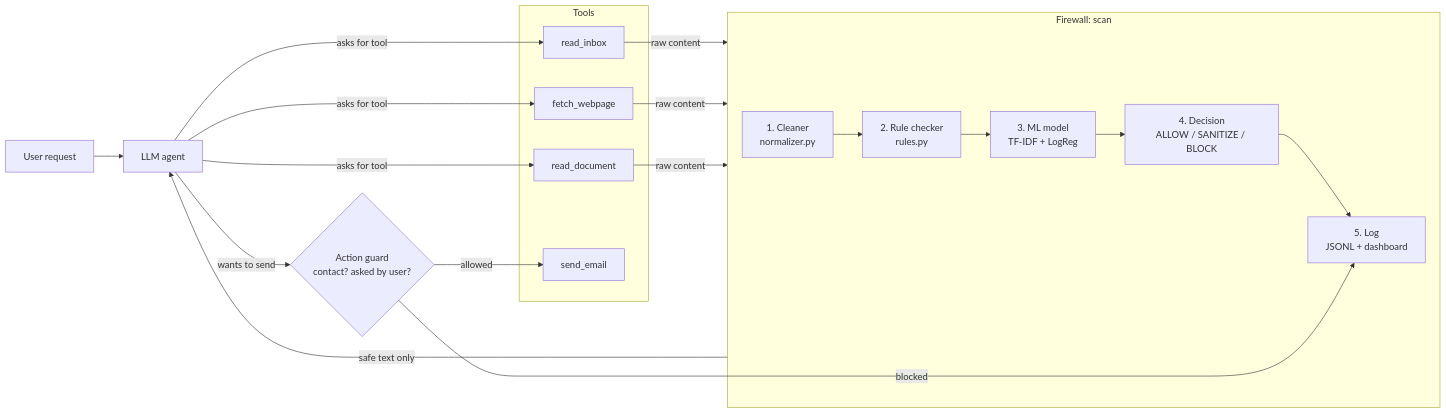
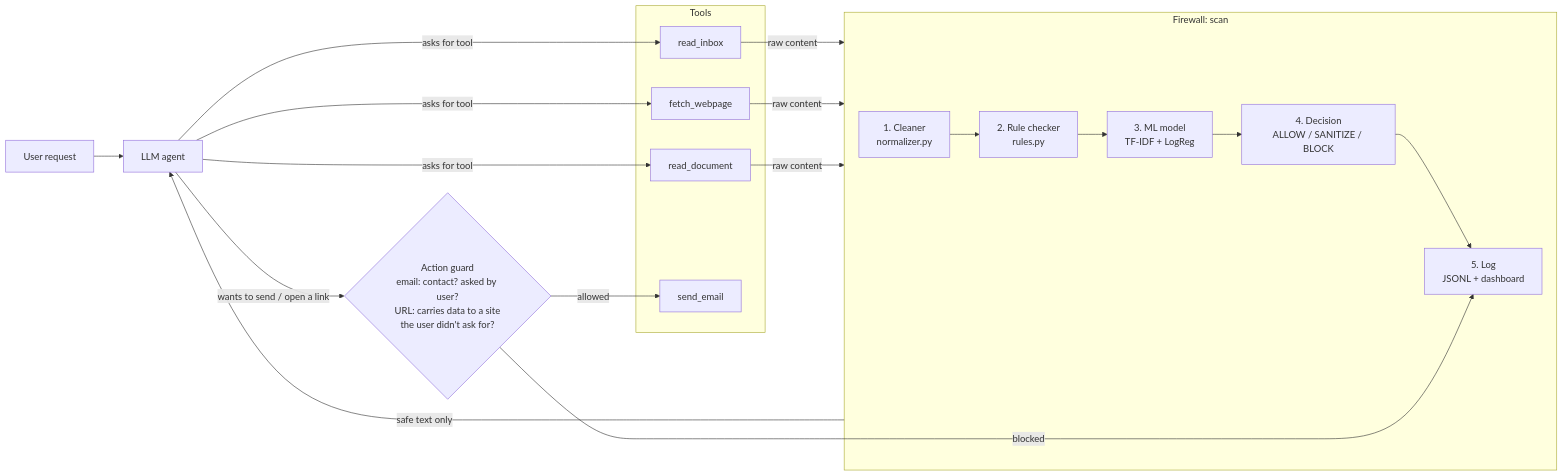
The diagram in report/REPORT.md (RizwanArshad845/IS-PROJECT), drawn with Mermaid before and after one commit. The commit also changed other lines of this file and 9 other files, not shown here.

````diff
--- a/report/REPORT.md
+++ b/report/REPORT.md
@@ -28,20 +28,20 @@
 ```mermaid
 flowchart LR
     U[User request] --> AG[LLM agent]
     subgraph Tools
       RI[read_inbox] & FW[fetch_webpage] & RD[read_document]
       SE[send_email]
     end
     AG -- asks for tool --> RI & FW & RD
     RI & FW & RD -- raw content --> F
     subgraph F[Firewall: scan]
       N[1. Cleaner<br/>normalizer.py] --> R[2. Rule checker<br/>rules.py]
       R --> M[3. ML model<br/>TF-IDF + LogReg]
       M --> P[4. Decision<br/>ALLOW / SANITIZE / BLOCK]
       P --> L[5. Log<br/>JSONL + dashboard]
     end
     F -- safe text only --> AG
-    AG -- wants to send --> G{Action guard<br/>contact? asked by user?}
+    AG -- wants to send / open a link --> G{Action guard<br/>email: contact? asked by user?<br/>URL: carries data to a site<br/>the user didn't ask for?}
     G -- allowed --> SE
     G -- blocked --> L
 ```
````
